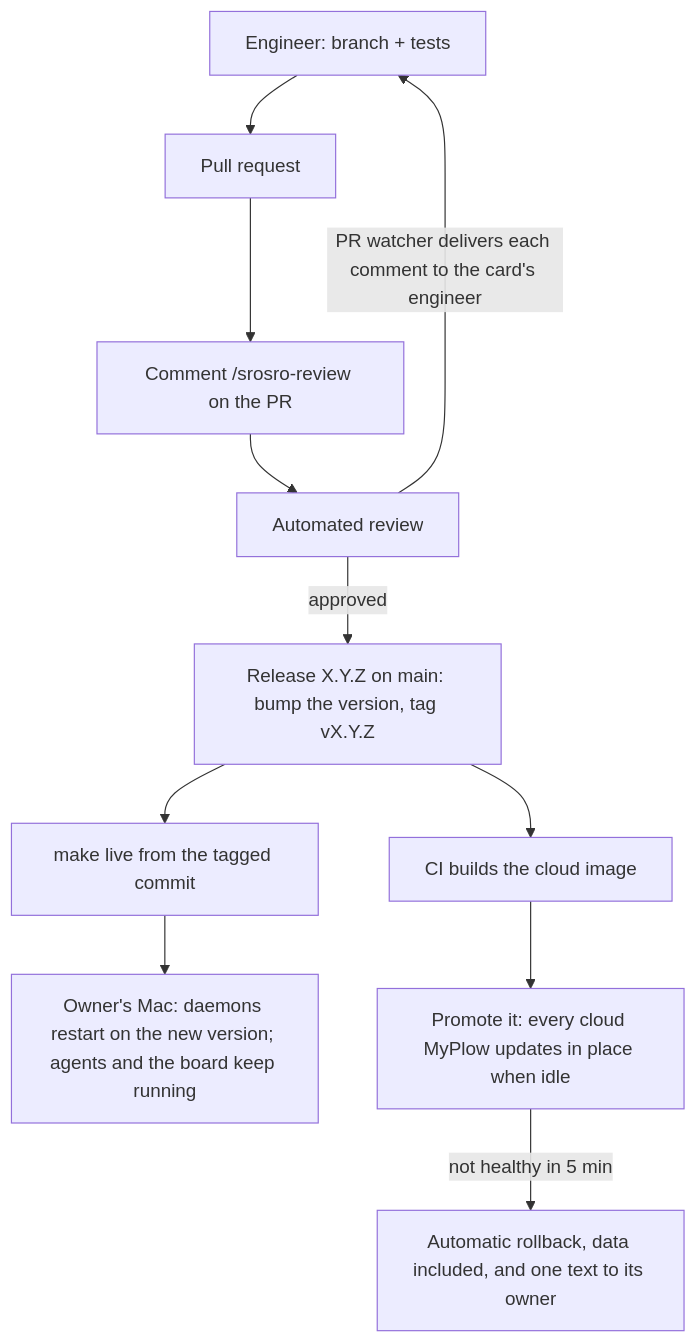
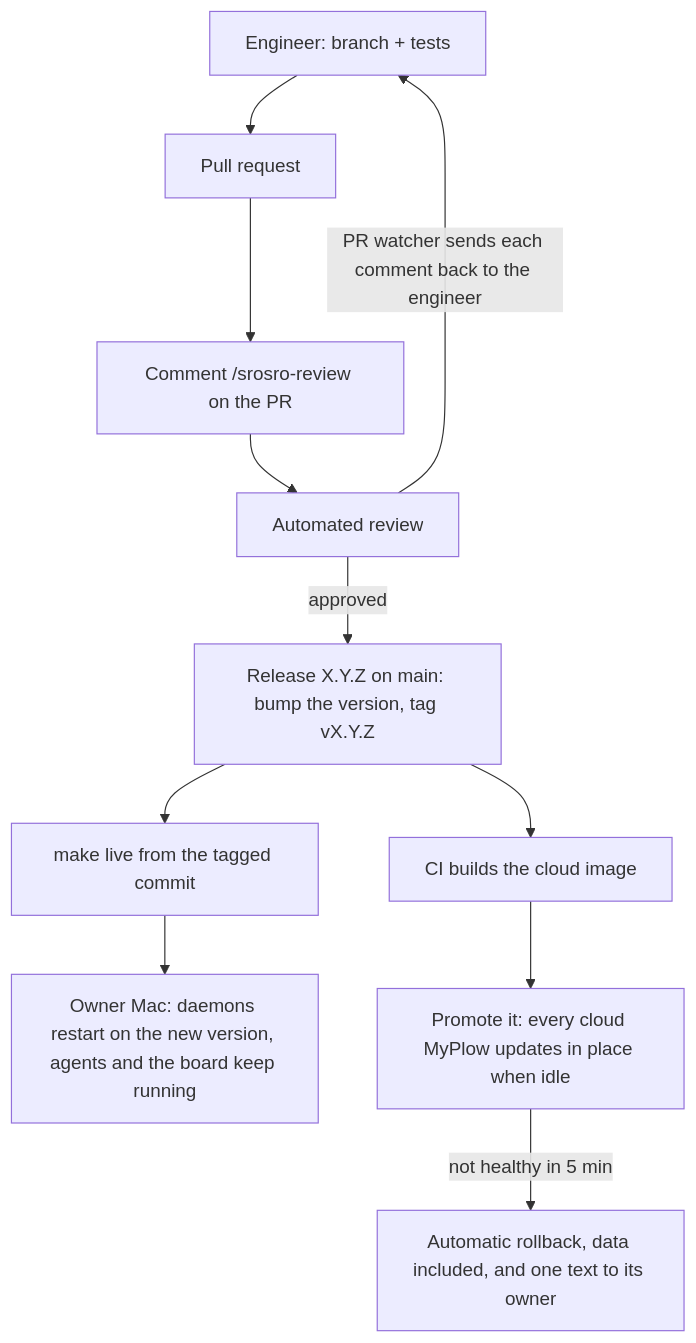
Before and after one commit to AElise08/door: the fourth of 4 diagrams in docs/HOW-IT-WORKS.md, drawn with Mermaid.

Commit message:
docs: HOW-IT-WORKS ship diagram renders on GitHub (no ; or ' in its labels)
GitHub showed 'Unable to render rich display' for the last diagram: its mermaid
reads ';' inside a label as a statement break.

````diff
--- a/docs/HOW-IT-WORKS.md
+++ b/docs/HOW-IT-WORKS.md
@@ -103,13 +103,13 @@
 ```mermaid
 flowchart TD
     A["Engineer: branch + tests"] --> B["Pull request"]
     B --> C["Comment /srosro-review on the PR"]
     C --> D["Automated review"]
-    D -->|"PR watcher delivers each comment to the card's engineer"| A
+    D -->|"PR watcher sends each comment back to the engineer"| A
     D -->|"approved"| E["Release X.Y.Z on main: bump the version, tag vX.Y.Z"]
     E --> F["make live from the tagged commit"]
-    F --> G["Owner's Mac: daemons restart on the new version; agents and the board keep running"]
+    F --> G["Owner Mac: daemons restart on the new version, agents and the board keep running"]
     E --> H["CI builds the cloud image"]
     H --> I["Promote it: every cloud MyPlow updates in place when idle"]
     I -->|"not healthy in 5 min"| J["Automatic rollback, data included, and one text to its owner"]
 ```
````
